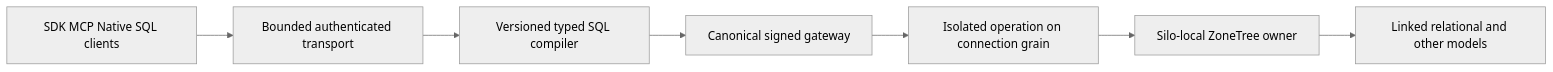
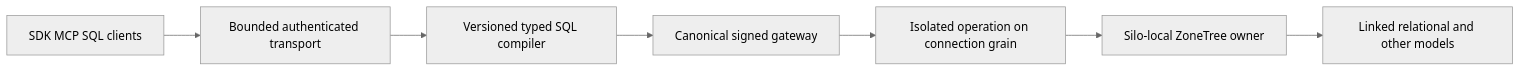
One commit to managedcode/KeyLoad changed the second of 2 diagrams in docs/ADR/ADR-065-full-sql-client-compatibility.md. Above: the diagram before and after it, drawn with Mermaid (neutral theme). The commit also changed other lines of this file and 9016 other files, not shown here.

````diff
--- a/docs/ADR/ADR-065-full-sql-client-compatibility.md
+++ b/docs/ADR/ADR-065-full-sql-client-compatibility.md
@@ -70,9 +70,9 @@
 ```mermaid
 flowchart LR
-    Clients[SDK MCP Native SQL clients] --> Transport[Bounded authenticated transport]
+    Clients[SDK MCP SQL clients] --> Transport[Bounded authenticated transport]
     Transport --> Compile[Versioned typed SQL compiler]
     Compile --> Gateway[Canonical signed gateway]
     Gateway --> Request[Isolated operation on connection grain]
     Request --> Host[Silo-local ZoneTree owner]
     Host --> Models[Linked relational and other models]
 ```
````
